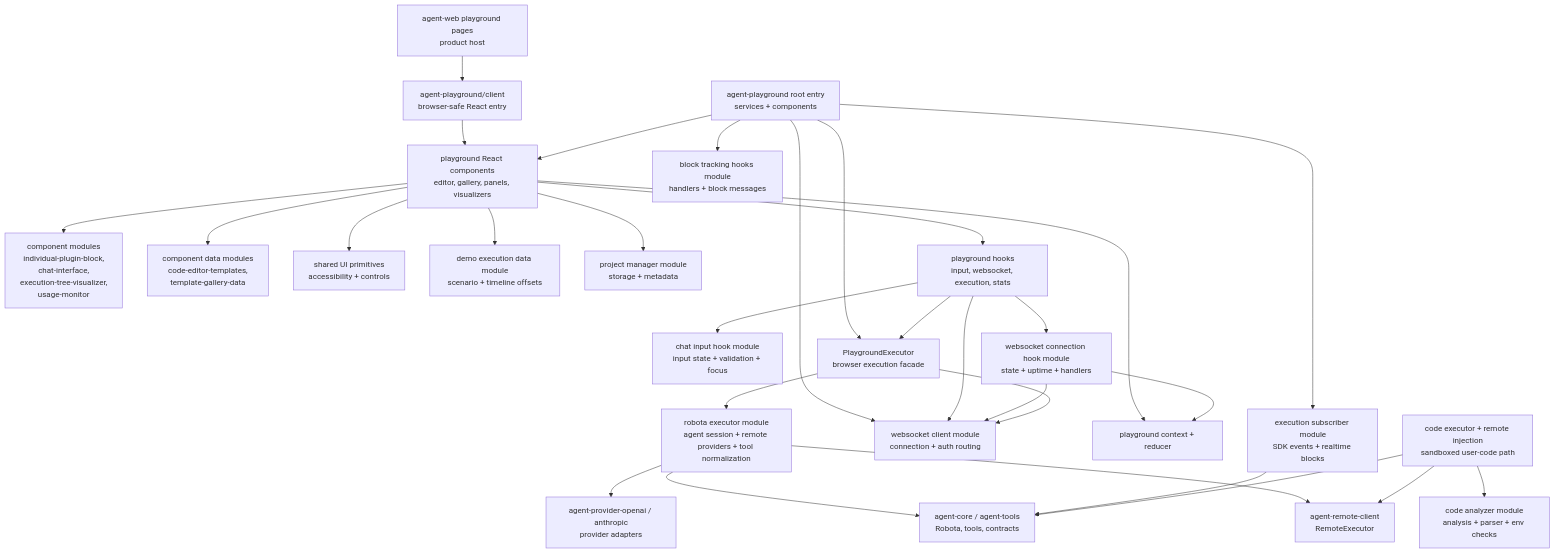
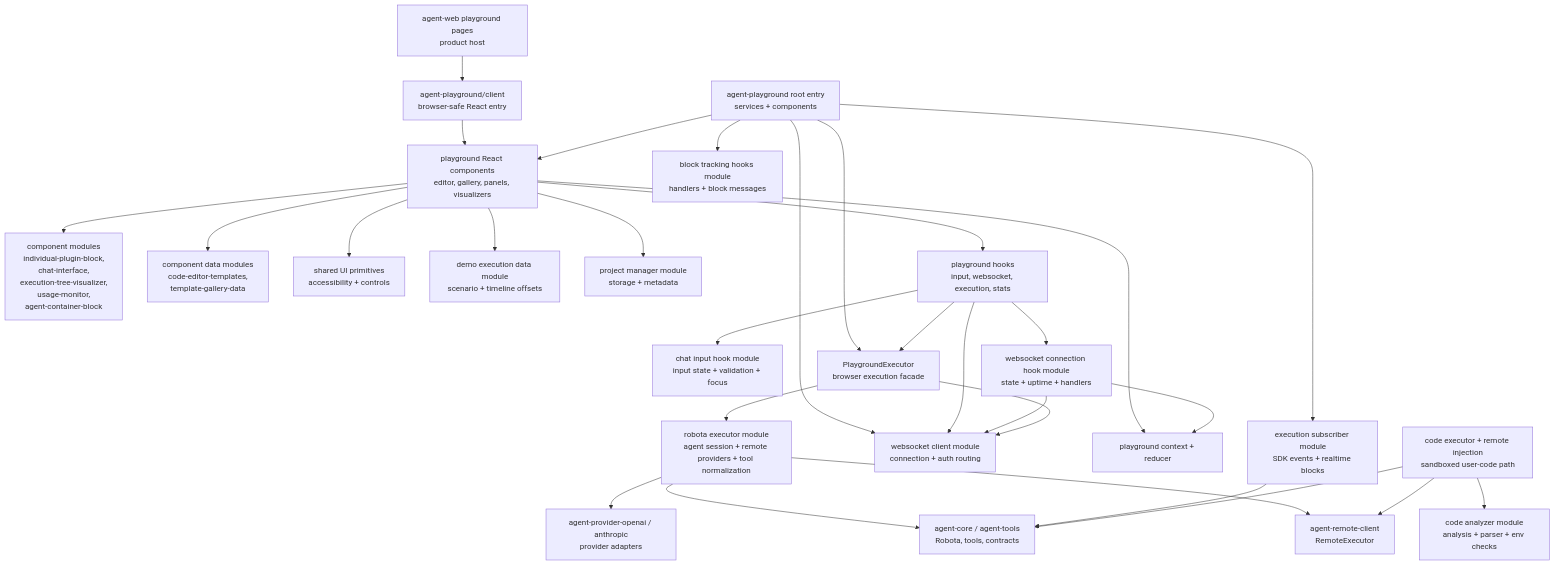
Before and after one commit to woojubb/robota: the third of 6 diagrams in .agents/specs/ARCHITECTURE-MAP.md, drawn with Mermaid. The commit also changed other lines of this file and 23 other files, not shown here.

First line of the commit message:
refactor(playground): split agent container block (#265)

````diff
--- a/.agents/specs/ARCHITECTURE-MAP.md
+++ b/.agents/specs/ARCHITECTURE-MAP.md
@@ -121,56 +121,56 @@
 ```mermaid
 flowchart TD
   AgentWeb["agent-web playground pages\nproduct host"]
   ClientEntry["agent-playground/client\nbrowser-safe React entry"]
   RootEntry["agent-playground root entry\nservices + components"]
   Components["playground React components\neditor, gallery, panels, visualizers"]
-  ComponentModules["component modules\nindividual-plugin-block,\nchat-interface,\nexecution-tree-visualizer,\nusage-monitor"]
+  ComponentModules["component modules\nindividual-plugin-block,\nchat-interface,\nexecution-tree-visualizer,\nusage-monitor,\nagent-container-block"]
   ComponentData["component data modules\ncode-editor-templates,\ntemplate-gallery-data"]
   UiPrimitives["shared UI primitives\naccessibility + controls"]
   DemoData["demo execution data module\nscenario + timeline offsets"]
   ProjectManager["project manager module\nstorage + metadata"]
   BlockHooks["block tracking hooks module\nhandlers + block messages"]
   ExecutionSubscriber["execution subscriber module\nSDK events + realtime blocks"]
   WebSocketClient["websocket client module\nconnection + auth routing"]
   ChatInputHook["chat input hook module\ninput state + validation + focus"]
   WebSocketHook["websocket connection hook module\nstate + uptime + handlers"]
   Hooks["playground hooks\ninput, websocket, execution, stats"]
   Context["playground context + reducer"]
   Executor["PlaygroundExecutor\nbrowser execution facade"]
   ExecutorModule["robota executor module\nagent session + remote providers + tool normalization"]
   RemoteInjection["code executor + remote injection\nsandboxed user-code path"]
   CodeAnalyzer["code analyzer module\nanalysis + parser + env checks"]
   RemoteClient["agent-remote-client\nRemoteExecutor"]
   Core["agent-core / agent-tools\nRobota, tools, contracts"]
   Providers["agent-provider-openai / anthropic\nprovider adapters"]
 
   AgentWeb --> ClientEntry
   ClientEntry --> Components
   RootEntry --> Components
   RootEntry --> Executor
   RootEntry --> BlockHooks
   RootEntry --> ExecutionSubscriber
   RootEntry --> WebSocketClient
   Components --> ComponentModules
   Components --> ComponentData
   Components --> UiPrimitives
   Components --> DemoData
   Components --> ProjectManager
   Components --> Hooks
   Components --> Context
   Hooks --> ChatInputHook
   Hooks --> WebSocketHook
   Hooks --> Executor
   Hooks --> WebSocketClient
   WebSocketHook --> Context
   WebSocketHook --> WebSocketClient
   RemoteInjection --> CodeAnalyzer
   Executor --> WebSocketClient
   Executor --> ExecutorModule
   ExecutorModule --> RemoteClient
   ExecutorModule --> Core
   ExecutorModule --> Providers
   ExecutionSubscriber --> Core
   RemoteInjection --> RemoteClient
   RemoteInjection --> Core
 ```
````
